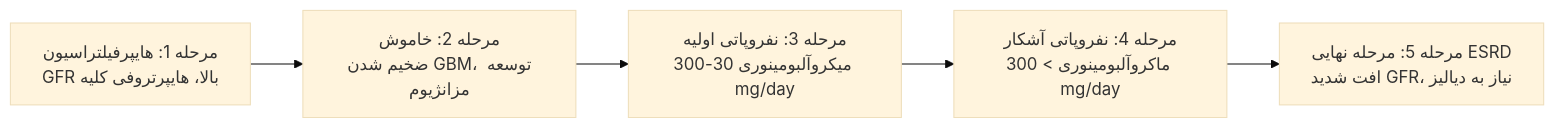
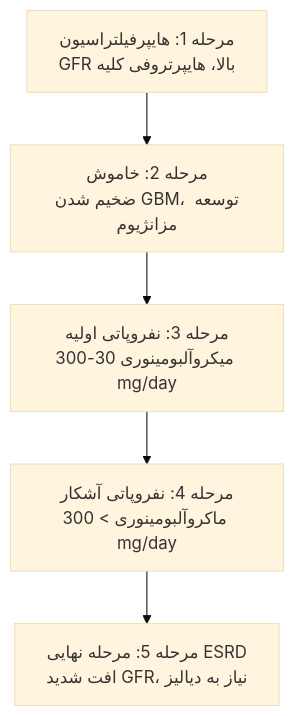
The tenth of 14 diagrams in 7/مبانی غدد/دیابت - دکتر استقامتی.md (neopulse-hub/TUMS-1401-1-pdf-notes), drawn with Mermaid (base theme) before and after one commit. The commit also changed other lines of this file, not shown here.

````diff
--- a/7/مبانی غدد/دیابت - دکتر استقامتی.md
+++ b/7/مبانی غدد/دیابت - دکتر استقامتی.md
@@ -548,7 +557,7 @@
 ```mermaid
-graph LR
+graph TD
     S1[مرحله 1: هایپرفیلتراسیون<br>GFR بالا، هایپرتروفی کلیه] --> S2[مرحله 2: خاموش<br>ضخیم شدن GBM، توسعه مزانژیوم]
     S2 --> S3[مرحله 3: نفروپاتی اولیه<br>میکروآلبومینوری 30-300 mg/day]
     S3 --> S4[مرحله 4: نفروپاتی آشکار<br>ماکروآلبومینوری > 300 mg/day]
     S4 --> S5[مرحله 5: مرحله نهایی ESRD<br>افت شدید GFR، نیاز به دیالیز]
 ```
````
